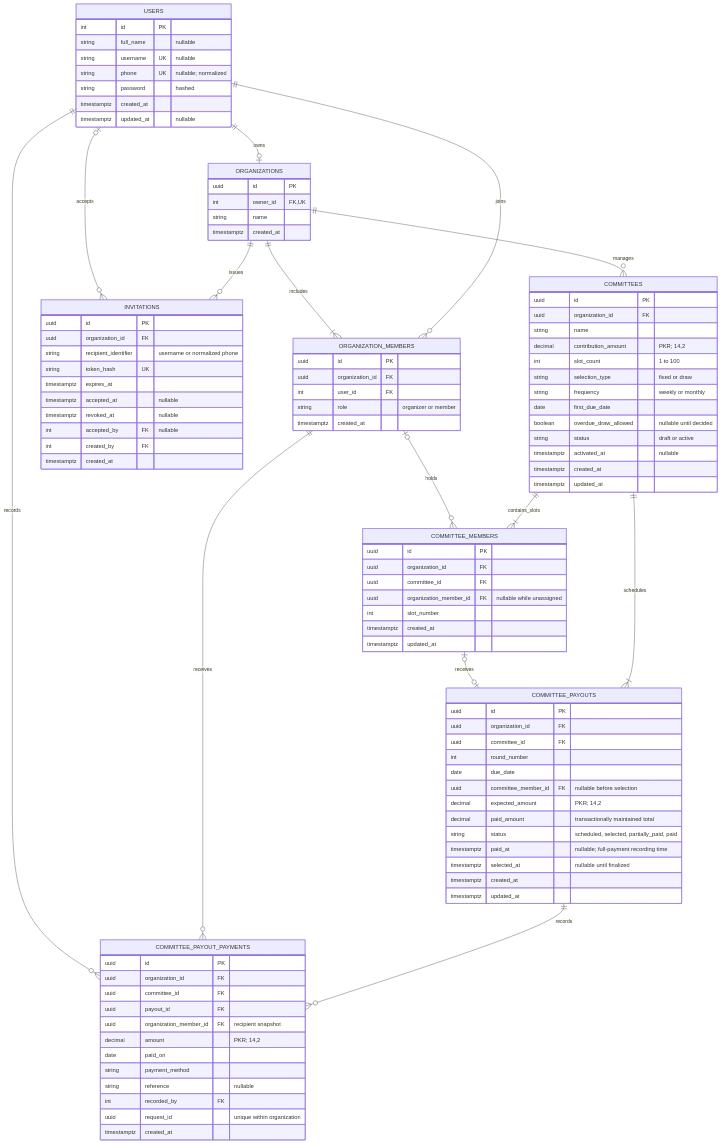
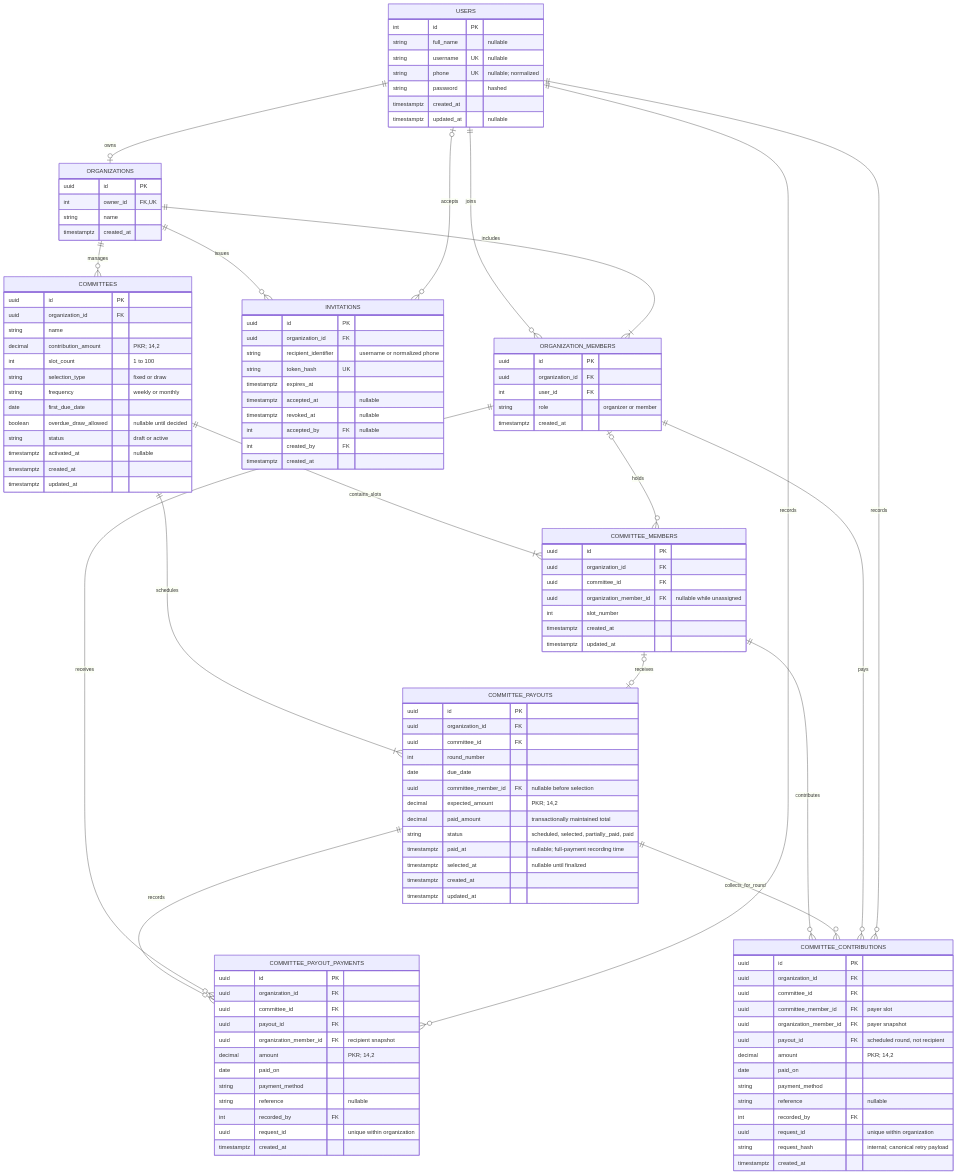
One commit to saif-qureshi/committee-manager changed the diagram in docs/ERD.md. Above: the diagram before and after it, drawn with Mermaid. The commit also changed other lines of this file and 20 other files, not shown here.

Commit message:
feat: record contributions and report committee balances

```diff
--- a/docs/ERD.md
+++ b/docs/ERD.md
@@ -21,6 +21,10 @@
     COMMITTEE_PAYOUTS ||--o{ COMMITTEE_PAYOUT_PAYMENTS : records
     ORGANIZATION_MEMBERS ||--o{ COMMITTEE_PAYOUT_PAYMENTS : receives
     USERS ||--o{ COMMITTEE_PAYOUT_PAYMENTS : records
+    COMMITTEE_MEMBERS ||--o{ COMMITTEE_CONTRIBUTIONS : contributes
+    COMMITTEE_PAYOUTS ||--o{ COMMITTEE_CONTRIBUTIONS : collects_for_round
+    ORGANIZATION_MEMBERS ||--o{ COMMITTEE_CONTRIBUTIONS : pays
+    USERS ||--o{ COMMITTEE_CONTRIBUTIONS : records
 
     USERS {
         int id PK
@@ -95,6 +99,22 @@
         timestamptz created_at
         timestamptz updated_at
     }
+    COMMITTEE_CONTRIBUTIONS {
+        uuid id PK
+        uuid organization_id FK
+        uuid committee_id FK
+        uuid committee_member_id FK "payer slot"
+        uuid organization_member_id FK "payer snapshot"
+        uuid payout_id FK "scheduled round, not recipient"
+        decimal amount "PKR; 14,2"
+        date paid_on
+        string payment_method
+        string reference "nullable"
+        int recorded_by FK
+        uuid request_id "unique within organization"
+        string request_hash "internal; canonical retry payload"
+        timestamptz created_at
+    }
     COMMITTEE_PAYOUT_PAYMENTS {
         uuid id PK
         uuid organization_id FK
```
